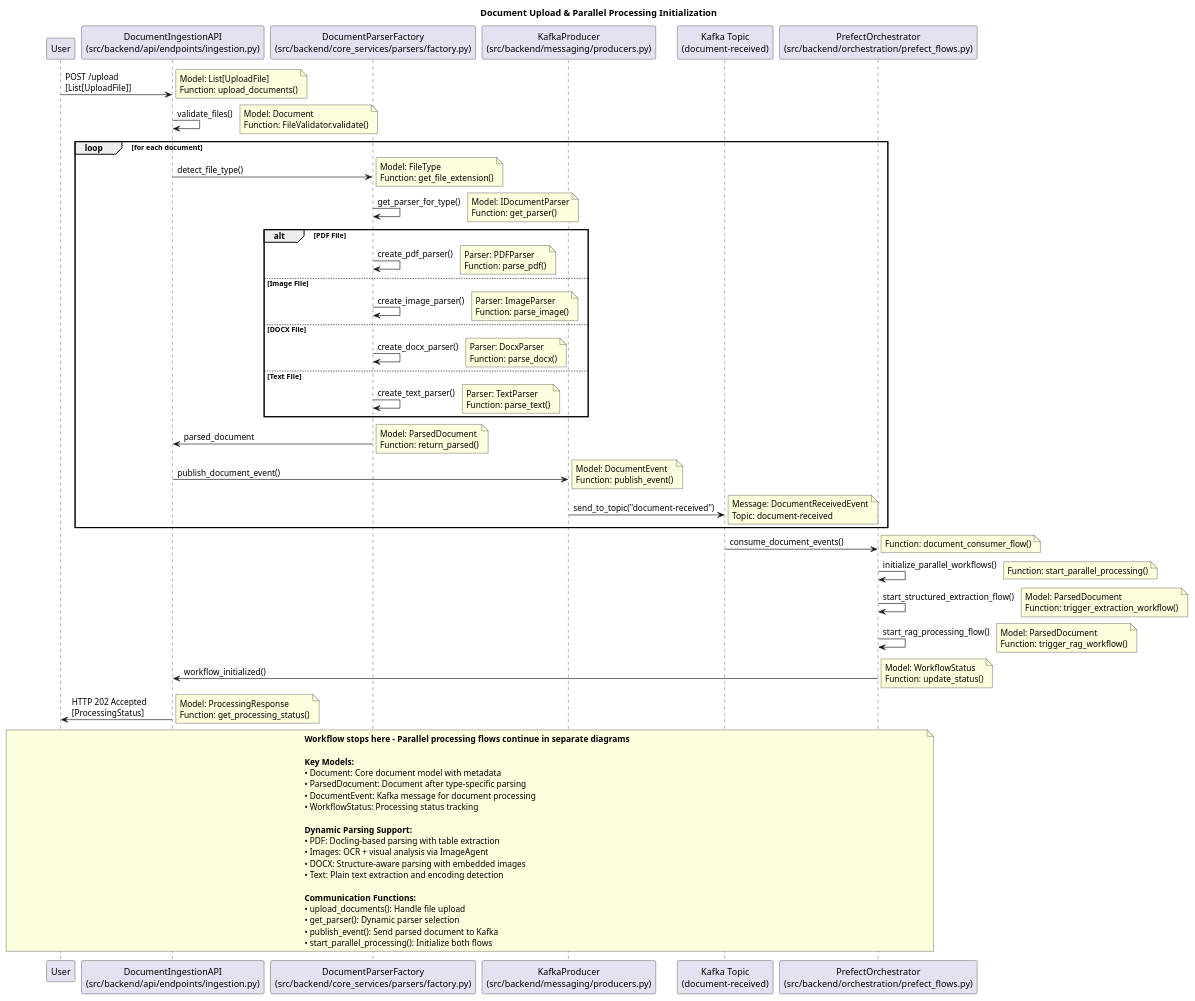
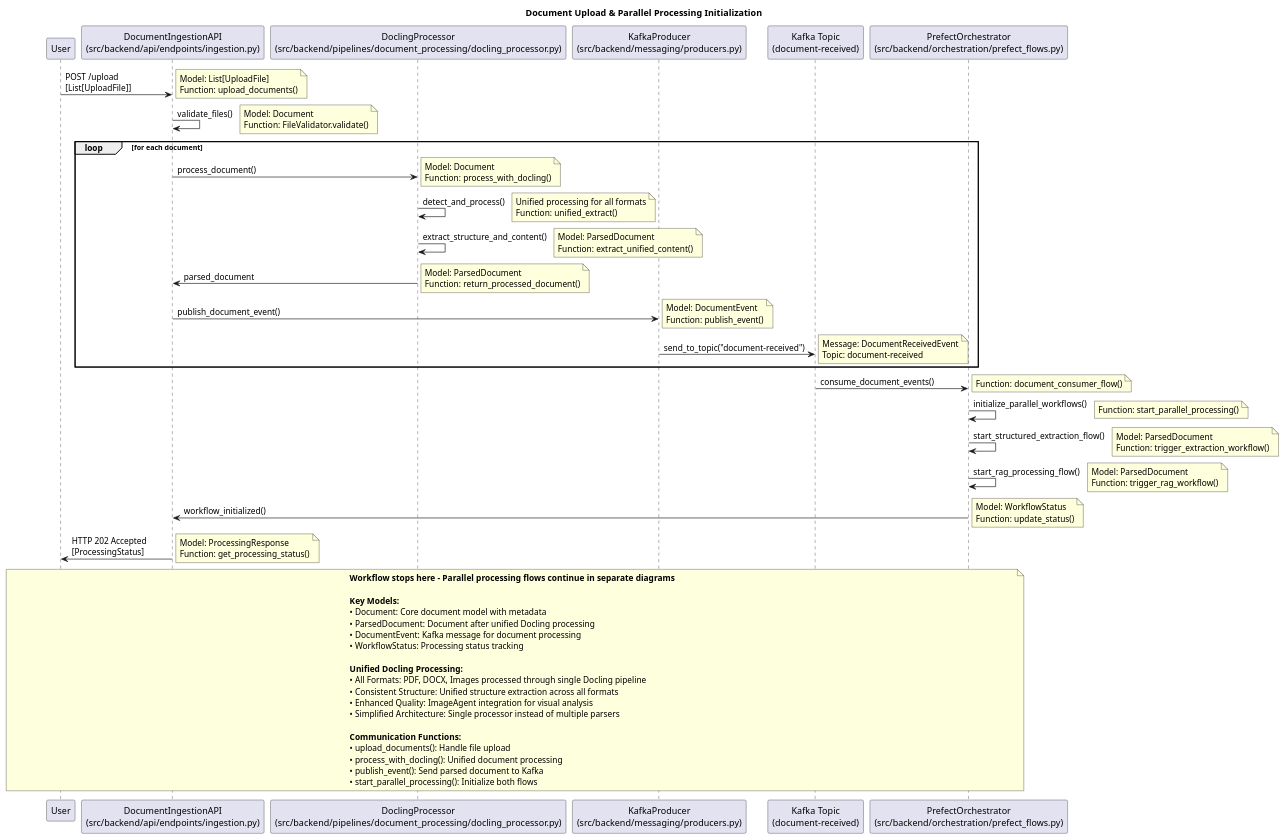
The diagram in docs/workflows/workflow_upload_processing.puml (h19overflow/scaled_processing), drawn with PlantUML before and after one commit. The commit also changed 23 other files, not shown here.

Commit message:
decided to utilize docling for all formats might change the serilzation strategey based on format but i wont be making different loaders per format

```diff
--- a/docs/workflows/workflow_upload_processing.puml
+++ b/docs/workflows/workflow_upload_processing.puml
@@ -1,91 +1,80 @@
 @startuml workflow_upload_processing
 title Document Upload & Parallel Processing Initialization
 
 ' Define participants with file paths
 participant "User" as user
 participant "DocumentIngestionAPI\n(src/backend/api/endpoints/ingestion.py)" as api
-participant "DocumentParserFactory\n(src/backend/core_services/parsers/factory.py)" as parser_factory
+participant "DoclingProcessor\n(src/backend/pipelines/document_processing/docling_processor.py)" as docling_processor
 participant "KafkaProducer\n(src/backend/messaging/producers.py)" as producer
 participant "Kafka Topic\n(document-received)" as kafka
 participant "PrefectOrchestrator\n(src/backend/orchestration/prefect_flows.py)" as prefect
 
 ' Workflow steps
 user -> api : POST /upload\n[List[UploadFile]]
 note right : Model: List[UploadFile]\nFunction: upload_documents()
 
 api -> api : validate_files()
 note right : Model: Document\nFunction: FileValidator.validate()
 
 loop for each document
-    api -> parser_factory : detect_file_type()
-    note right : Model: FileType\nFunction: get_file_extension()
+    api -> docling_processor : process_document()
+    note right : Model: Document\nFunction: process_with_docling()
     
-    parser_factory -> parser_factory : get_parser_for_type()
-    note right : Model: IDocumentParser\nFunction: get_parser()
+    docling_processor -> docling_processor : detect_and_process()
+    note right : Unified processing for all formats\nFunction: unified_extract()
     
-    alt PDF File
-        parser_factory -> parser_factory : create_pdf_parser()
-        note right : Parser: PDFParser\nFunction: parse_pdf()
-    else Image File  
-        parser_factory -> parser_factory : create_image_parser()
-        note right : Parser: ImageParser\nFunction: parse_image()
-    else DOCX File
-        parser_factory -> parser_factory : create_docx_parser()
-        note right : Parser: DocxParser\nFunction: parse_docx()
-    else Text File
-        parser_factory -> parser_factory : create_text_parser()
-        note right : Parser: TextParser\nFunction: parse_text()
-    end
+    docling_processor -> docling_processor : extract_structure_and_content()
+    note right : Model: ParsedDocument\nFunction: extract_unified_content()
     
-    parser_factory -> api : parsed_document
-    note right : Model: ParsedDocument\nFunction: return_parsed()
+    docling_processor -> api : parsed_document
+    note right : Model: ParsedDocument\nFunction: return_processed_document()
     
     api -> producer : publish_document_event()
     note right : Model: DocumentEvent\nFunction: publish_event()
     
     producer -> kafka : send_to_topic("document-received")
     note right : Message: DocumentReceivedEvent\nTopic: document-received
 end
 
 kafka -> prefect : consume_document_events()
 note right : Function: document_consumer_flow()
 
 prefect -> prefect : initialize_parallel_workflows()
 note right : Function: start_parallel_processing()
 
 ' Parallel initialization split
 prefect -> prefect : start_structured_extraction_flow()
 note right : Model: ParsedDocument\nFunction: trigger_extraction_workflow()
 
 prefect -> prefect : start_rag_processing_flow()
 note right : Model: ParsedDocument\nFunction: trigger_rag_workflow()
 
 prefect -> api : workflow_initialized()
 note right : Model: WorkflowStatus\nFunction: update_status()
 
 api -> user : HTTP 202 Accepted\n[ProcessingStatus]
 note right : Model: ProcessingResponse\nFunction: get_processing_status()
 
 note over user, prefect
     **Workflow stops here - Parallel processing flows continue in separate diagrams**
     
     **Key Models:**
     • Document: Core document model with metadata
-    • ParsedDocument: Document after type-specific parsing
+    • ParsedDocument: Document after unified Docling processing
     • DocumentEvent: Kafka message for document processing
     • WorkflowStatus: Processing status tracking
     
-    **Dynamic Parsing Support:**
-    • PDF: Docling-based parsing with table extraction
-    • Images: OCR + visual analysis via ImageAgent
-    • DOCX: Structure-aware parsing with embedded images
-    • Text: Plain text extraction and encoding detection
+    **Unified Docling Processing:**
+    • All Formats: PDF, DOCX, Images processed through single Docling pipeline
+    • Consistent Structure: Unified structure extraction across all formats
+    • Enhanced Quality: ImageAgent integration for visual analysis
+    • Simplified Architecture: Single processor instead of multiple parsers
     
     **Communication Functions:**
     • upload_documents(): Handle file upload
-    • get_parser(): Dynamic parser selection
+    • process_with_docling(): Unified document processing
     • publish_event(): Send parsed document to Kafka
     • start_parallel_processing(): Initialize both flows
 end note
 
 @enduml
```
